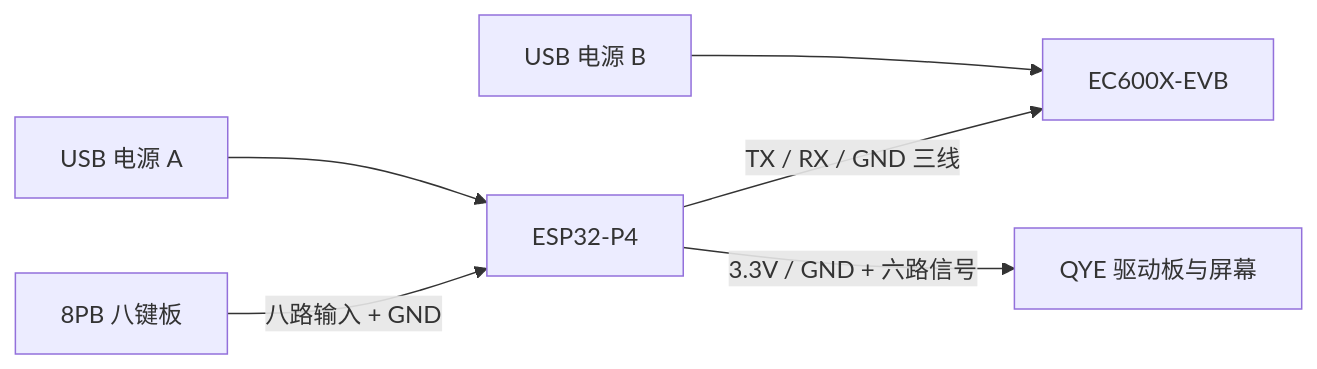
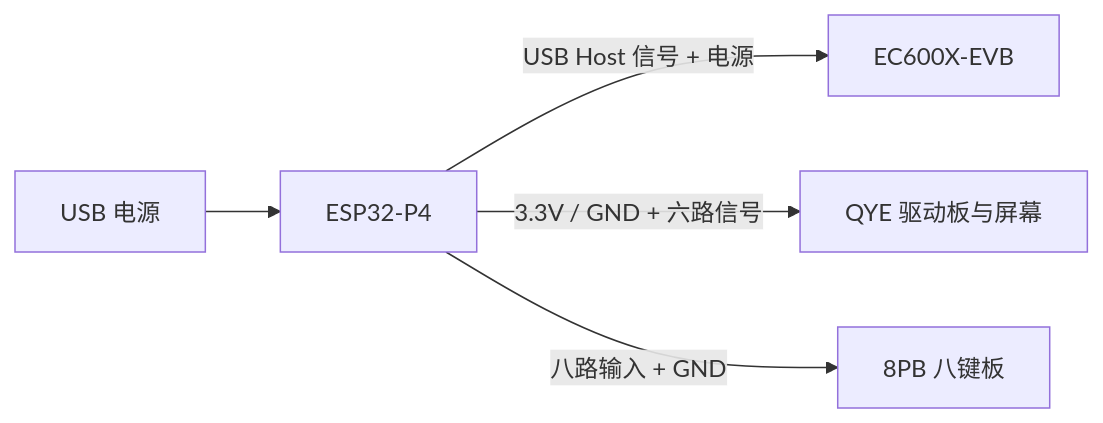
The diagram in packages/hardware/README.md (wenxig/the-spring), drawn with Mermaid before and after one commit. The commit also changed 188 other files, not shown here.

````diff
--- a/packages/hardware/README.md
+++ b/packages/hardware/README.md
@@ -75,8 +75,8 @@
 ```mermaid
 flowchart LR
-  U1[USB 电源 A] --> P[ESP32-P4]
-  U2[USB 电源 B] --> E[EC600X-EVB]
-  P -->|TX / RX / GND 三线| E
+  U1[USB 电源] --> P[ESP32-P4]
+  E[EC600X-EVB]
+  P -->|USB Host 信号 + 电源| E
   P -->|3.3V / GND + 六路信号| Q[QYE 驱动板与屏幕]
-  B[8PB 八键板] -->|八路输入 + GND| P
+  P -->|八路输入 + GND| B[8PB 八键板]
 ```
````
